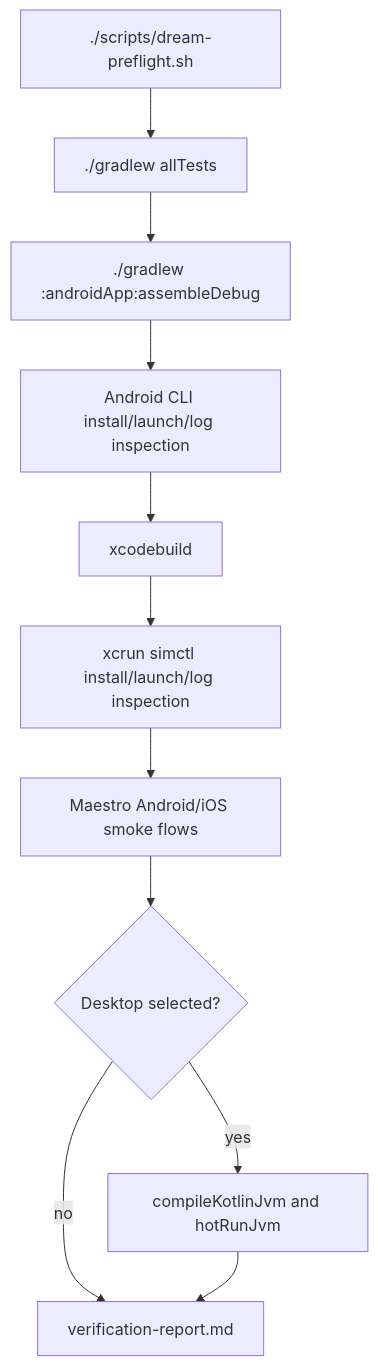
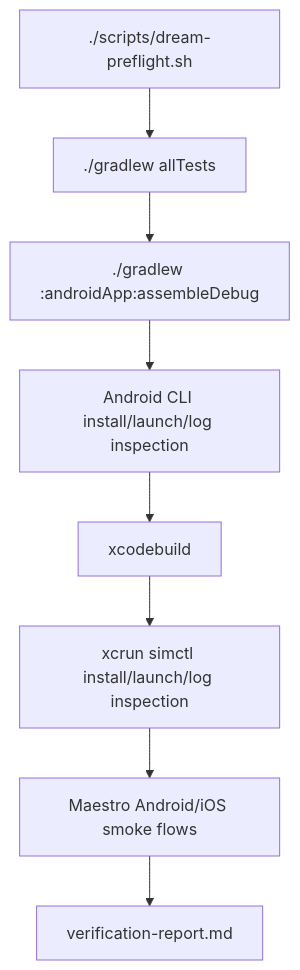
The eighth of 8 diagrams in ONBOARDING.md (Helmy2/Dream), drawn with Mermaid before and after one commit. The commit also changed other lines of this file and 111 other files, not shown here.

````diff
--- a/ONBOARDING.md
+++ b/ONBOARDING.md
@@ -248,13 +258,10 @@
 ```mermaid
 flowchart TD
     Preflight[./scripts/dream-preflight.sh] --> Tests[./gradlew allTests]
     Tests --> AndroidBuild[./gradlew :androidApp:assembleDebug]
     AndroidBuild --> AndroidRuntime[Android CLI install/launch/log inspection]
     AndroidRuntime --> IOSBuild[xcodebuild]
     IOSBuild --> IOSRuntime[xcrun simctl install/launch/log inspection]
     IOSRuntime --> Maestro[Maestro Android/iOS smoke flows]
-    Maestro --> Desktop{Desktop selected?}
-    Desktop -->|yes| DesktopBuild[compileKotlinJvm and hotRunJvm]
-    Desktop -->|no| Report[verification-report.md]
-    DesktopBuild --> Report
+    Maestro --> Report[verification-report.md]
 ```
````
